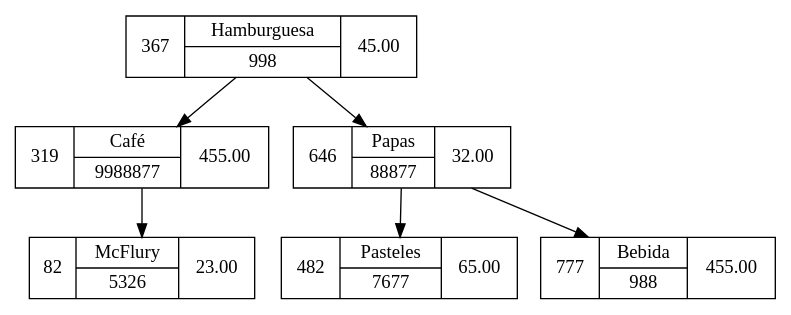
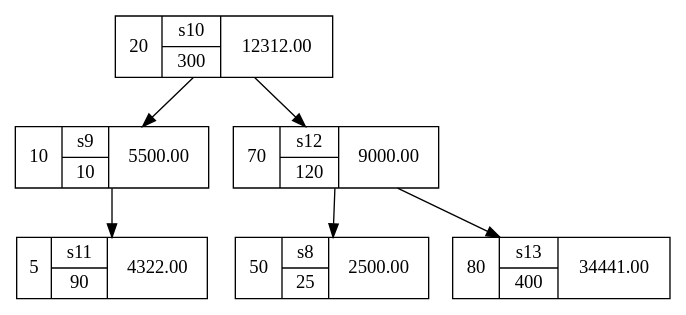
The diagram in Cliente/src/assets/graphviz/inventario.dot (RojasCJP/EDD_VirtualMall_201900289), drawn with Graphviz before and after one commit. The commit also changed 7 other files, not shown here.

```diff
--- a/Cliente/src/assets/graphviz/inventario.dot
+++ b/Cliente/src/assets/graphviz/inventario.dot
@@ -1,14 +1,14 @@
 digraph arbol{
   node [shape=record]
-"82" [label="82|{McFlury|5326}|23.00"]
-"319" [label="319|{Café|9988877}|455.00"]
-"319"->"82"
-"367" [label="367|{Hamburguesa|998}|45.00"]
-"367"->"319"
-"367"->"646"
-"482" [label="482|{Pasteles|7677}|65.00"]
-"646" [label="646|{Papas|88877}|32.00"]
-"646"->"482"
-"646"->"777"
-"777" [label="777|{Bebida|988}|455.00"]
+"5" [label="5|{s11|90}|4322.00"]
+"10" [label="10|{s9|10}|5500.00"]
+"10"->"5"
+"20" [label="20|{s10|300}|12312.00"]
+"20"->"10"
+"20"->"70"
+"50" [label="50|{s8|25}|2500.00"]
+"70" [label="70|{s12|120}|9000.00"]
+"70"->"50"
+"70"->"80"
+"80" [label="80|{s13|400}|34441.00"]
 }
```
